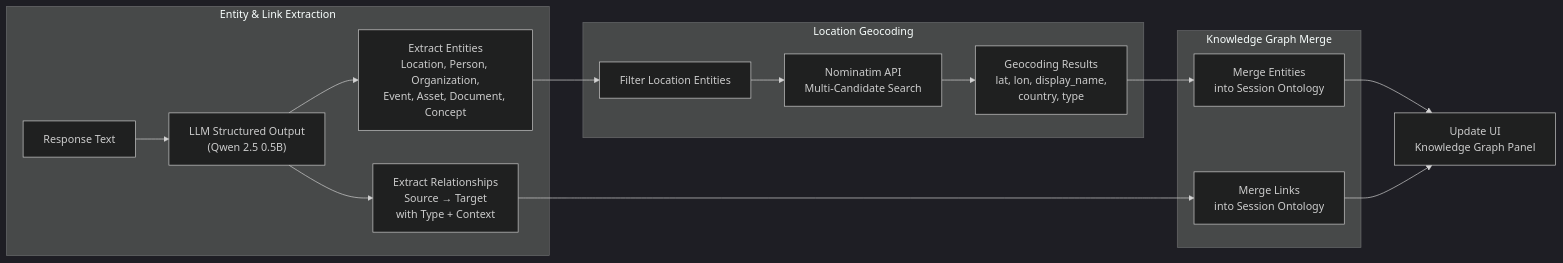
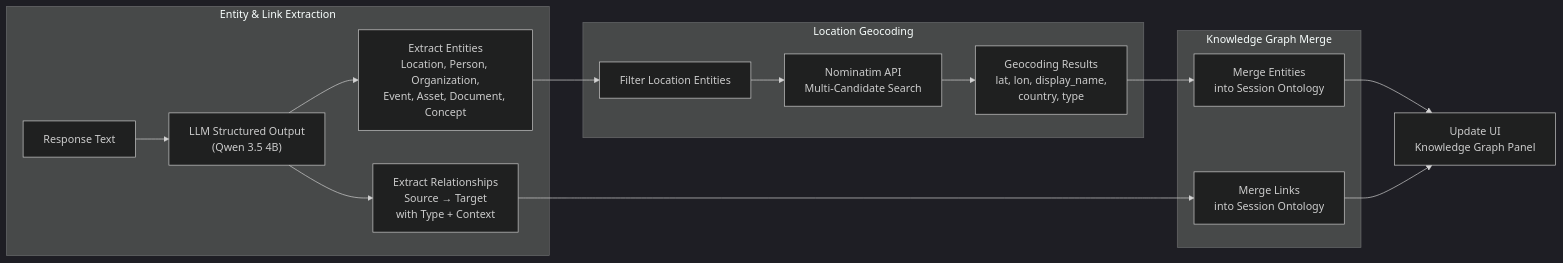
Before and after one commit to fbaierl/geo-vision-lab: the sixth of 8 diagrams in docs/agent_workflow.md, drawn with Mermaid. The commit also changed other lines of this file and 12 other files, not shown here.

Commit message:
removed llama and 0.5B qwen llm; added documentation about ontology; qwen 4B is too weak for ontology

````diff
--- a/docs/agent_workflow.md
+++ b/docs/agent_workflow.md
@@ -276,23 +276,23 @@
 ```mermaid
 %%{init: {'theme': 'dark'}}%%
 flowchart LR
     subgraph EXT["Entity & Link Extraction"]
-        TEXT[Response Text] --> LLM["LLM Structured Output<br/>(Qwen 2.5 0.5B)"]
+        TEXT[Response Text] --> LLM["LLM Structured Output<br/>(Qwen 3.5 4B)"]
         LLM --> ENTITIES["Extract Entities<br/>Location, Person, Organization,<br/>Event, Asset, Document, Concept"]
         LLM --> LINKS["Extract Relationships<br/>Source → Target<br/>with Type + Context"]
     end
 
     subgraph GEO["Location Geocoding"]
         ENTITIES --> LOC_ENT["Filter Location Entities"]
         LOC_ENT --> NOMINATIM["Nominatim API<br/>Multi-Candidate Search"]
         NOMINATIM --> CANDIDATES["Geocoding Results<br/>lat, lon, display_name,<br/>country, type"]
     end
 
     subgraph MERGE["Knowledge Graph Merge"]
         CANDIDATES --> MERGE_ENT["Merge Entities<br/>into Session Ontology"]
         LINKS --> MERGE_LINK["Merge Links<br/>into Session Ontology"]
     end
 
     MERGE_ENT --> UI["Update UI<br/>Knowledge Graph Panel"]
     MERGE_LINK --> UI
 ```
````
